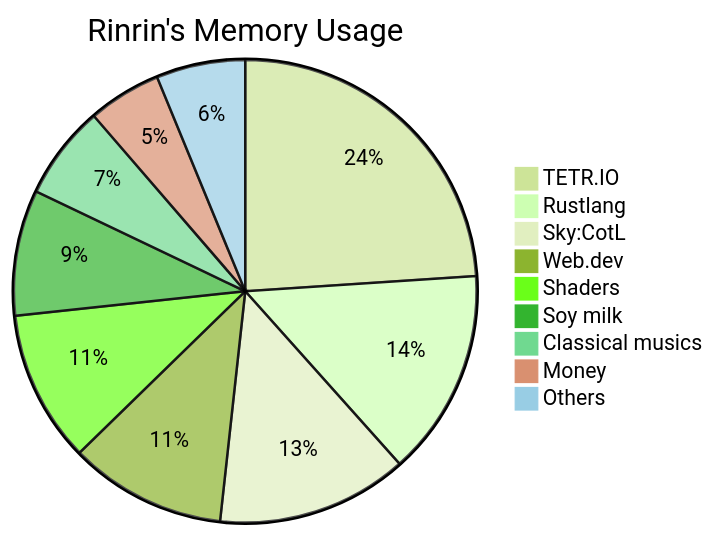
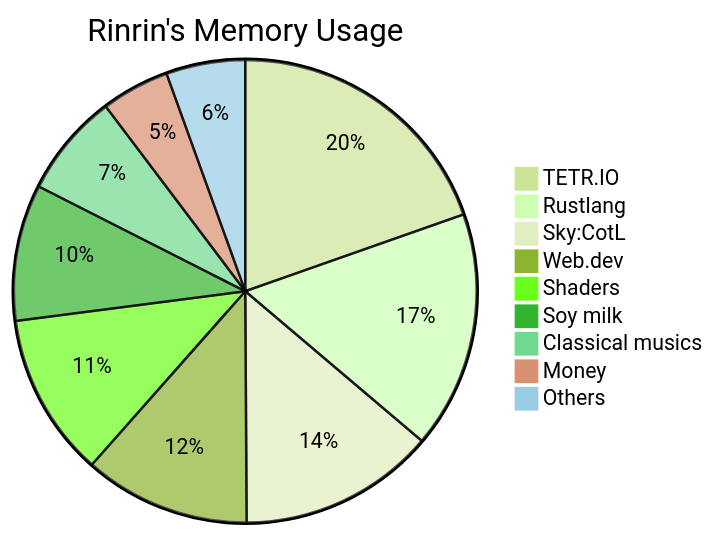
Before and after one commit to Rinrin0413/Rinrin0413: the diagram in README.md, drawn with Mermaid (forest theme).

Commit message:
Update:Rinrin's Memory Usage

````diff
--- a/README.md
+++ b/README.md
@@ -74,12 +74,12 @@
 ```mermaid
 pie title Rinrin's Memory Usage
-    "TETR.IO": 131
-    "Rustlang": 79
-    "Sky:CotL": 73
-    "Web.dev": 60
-    "Shaders": 58
-    "Soy milk": 48
-    "Classical musics": 36
-    "Money": 28
-    "Others": 34
+    "TETR.IO": 103
+    "Rustlang": 87
+    "Sky:CotL": 72
+    "Web.dev": 61
+    "Shaders": 60
+    "Soy milk": 50
+    "Classical musics": 38
+    "Money": 25
+    "Others": 29
 ```
````
